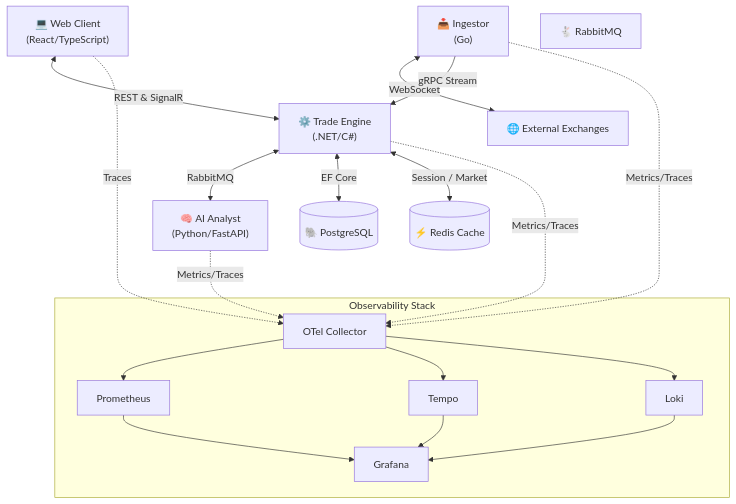
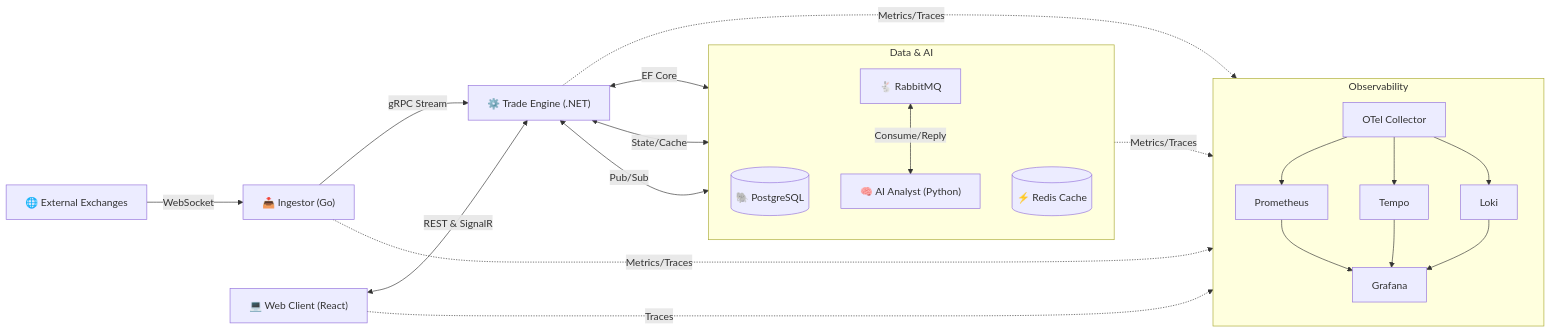
One commit to ivanwe2/crypto-investor-thesis changed the diagram in README.md. Above: the diagram before and after it, drawn with Mermaid. The commit also changed 2 other files, not shown here.

Commit message:
docs: update diagram and architecture docs

````diff
--- a/README.md
+++ b/README.md
@@ -24,44 +24,41 @@
 ```mermaid
-graph TD
-    %% Core Services
-    UI["💻 Web Client<br/>(React/TypeScript)"]
-    TE["⚙️ Trade Engine<br/>(.NET/C#)"]
-    IN["📥 Ingestor<br/>(Go)"]
-    AI["🧠 AI Analyst<br/>(Python/FastAPI)"]
+graph LR
+    %% Core Flow
+    EX["🌐 External Exchanges"] -->|WebSocket| IN["📥 Ingestor (Go)"]
+    IN -->|gRPC Stream| TE["⚙️ Trade Engine (.NET)"]
+    UI["💻 Web Client (React)"] <-->|REST & SignalR| TE
     
-    %% External & Persistence
-    EX["🌐 External Exchanges"]
-    DB[("🐘 PostgreSQL")]
-    REDIS[("⚡ Redis Cache")]
-    MQ["🐇 RabbitMQ"]
+    %% Infrastructure & External Services
+    subgraph Data & AI
+        direction TB
+        DB[("🐘 PostgreSQL")]
+        REDIS[("⚡ Redis Cache")]
+        MQ["🐇 RabbitMQ"]
+        AI["🧠 AI Analyst (Python)"]
+    end
     
-    %% Connections
-    UI <-->|REST & SignalR| TE
-    IN <-->|WebSocket| EX
-    IN -->|gRPC Stream| TE
-    TE <-->|RabbitMQ| AI
+    %% Connections to Data/AI
     TE <-->|EF Core| DB
-    TE <-->|Session / Market| REDIS
+    TE <-->|State/Cache| REDIS
+    TE <-->|Pub/Sub| MQ
+    MQ <-->|Consume/Reply| AI
     
-    %% Observability
-    subgraph "Observability Stack"
+    %% Observability Stack
+    subgraph Observability
+        direction TB
         OTEL["OTel Collector"]
         PROM["Prometheus"]
         TEMPO["Tempo"]
         LOKI["Loki"]
         GRAF["Grafana"]
         
-        OTEL --> PROM
-        OTEL --> TEMPO
-        OTEL --> LOKI
-        PROM --> GRAF
-        TEMPO --> GRAF
-        LOKI --> GRAF
+        OTEL --> PROM & TEMPO & LOKI
+        PROM & TEMPO & LOKI --> GRAF
     end
     
     %% Telemetry Links
     TE -.->|Metrics/Traces| OTEL
     IN -.->|Metrics/Traces| OTEL
     UI -.->|Traces| OTEL
     AI -.->|Metrics/Traces| OTEL
 ```
````
